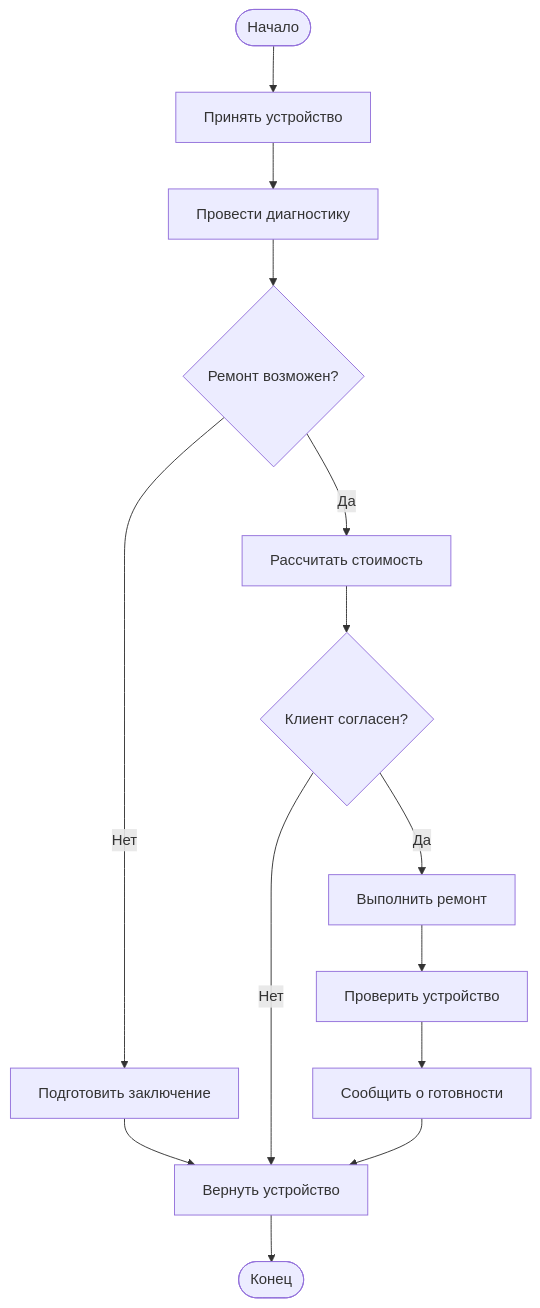
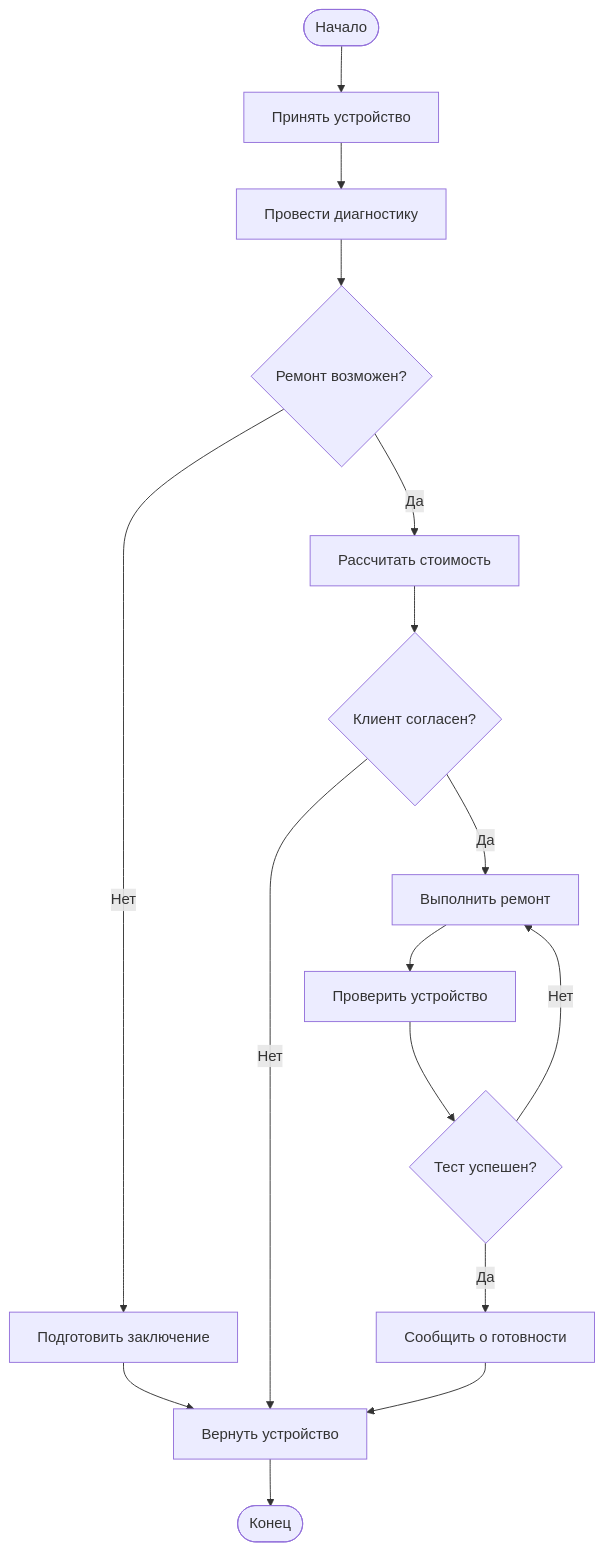
One commit to GordeyGS/visual-programming-labs-Gantsevich changed the diagram in lab1/docs/flowchart.md. Above: the diagram before and after it, drawn with Mermaid. The commit also changed 6 other files, not shown here.

Commit message:
Update UML and Mermaid diagrams

````diff
--- a/lab1/docs/flowchart.md
+++ b/lab1/docs/flowchart.md
@@ -3,16 +3,18 @@
 ```mermaid
 flowchart TD
     A([Начало]) --> B[Принять устройство]
     B --> C[Провести диагностику]
     C --> D{Ремонт возможен?}
     D -- Нет --> E[Подготовить заключение]
     E --> J[Вернуть устройство]
     D -- Да --> F[Рассчитать стоимость]
     F --> G{Клиент согласен?}
     G -- Нет --> J
     G -- Да --> H[Выполнить ремонт]
     H --> I[Проверить устройство]
-    I --> K[Сообщить о готовности]
+    I --> M{Тест успешен?}
+    M -- Нет --> H
+    M -- Да --> K[Сообщить о готовности]
     K --> J
     J --> L([Конец])
 ```
````
